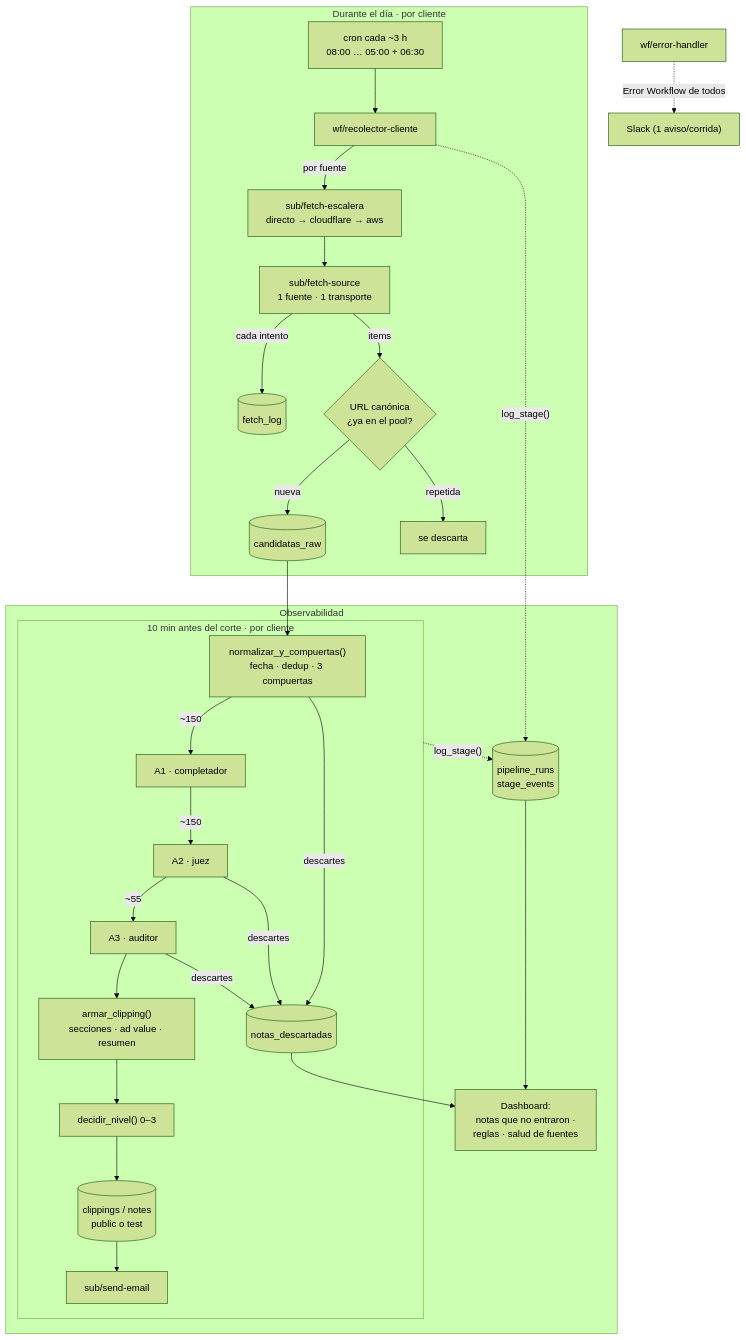
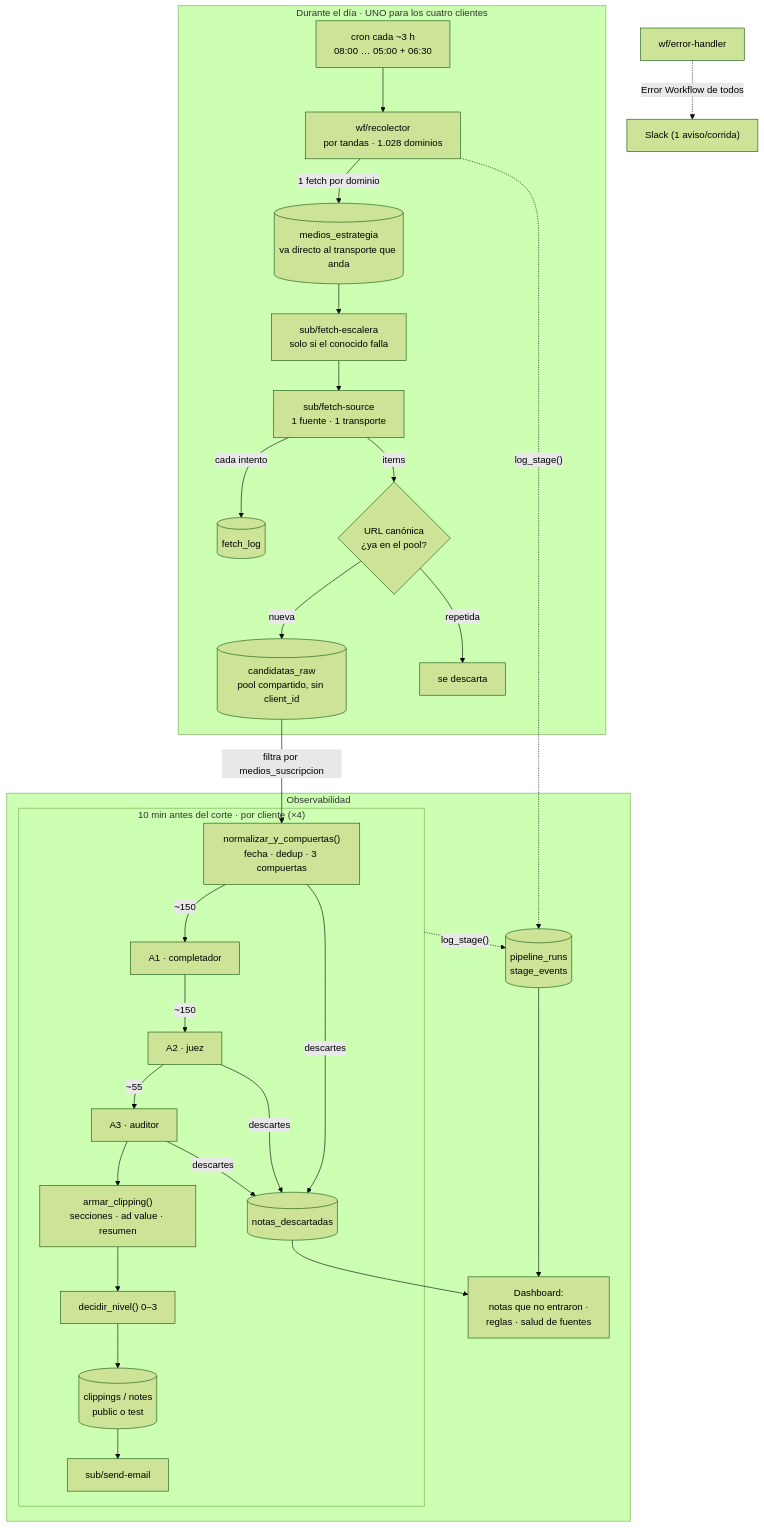
The first of 2 diagrams in docs/pipeline-v4/design-doc.md (archytas-dev/ketchum-mailchimp), drawn with Mermaid (forest theme) before and after one commit. The commit also changed other lines of this file and 1 other file, not shown here.

First line of the commit message:
docs(v4): el recolector pasa a ser compartido; design doc al dia

````diff
--- a/docs/pipeline-v4/design-doc.md
+++ b/docs/pipeline-v4/design-doc.md
@@ -87,32 +87,33 @@
 ```mermaid
 flowchart TB
-  subgraph DIA["Durante el día · por cliente"]
-    CRON["cron cada ~3 h<br/>08:00 … 05:00 + 06:30"] --> REC["wf/recolector-cliente"]
-    REC -->|por fuente| ESC["sub/fetch-escalera<br/>directo → cloudflare → aws"]
+  subgraph DIA["Durante el día · UNO para los cuatro clientes"]
+    CRON["cron cada ~3 h<br/>08:00 … 05:00 + 06:30"] --> REC["wf/recolector<br/>por tandas · 1.028 dominios"]
+    REC -->|1 fetch por dominio| EST[("medios_estrategia<br/>va directo al transporte que anda")]
+    EST --> ESC["sub/fetch-escalera<br/>solo si el conocido falla"]
     ESC --> FS["sub/fetch-source<br/>1 fuente · 1 transporte"]
     FS -->|cada intento| FL[("fetch_log")]
     FS -->|items| DEDUP{"URL canónica<br/>¿ya en el pool?"}
-    DEDUP -->|nueva| CR[("candidatas_raw")]
+    DEDUP -->|nueva| CR[("candidatas_raw<br/>pool compartido, sin client_id")]
     DEDUP -->|repetida| X["se descarta"]
   end
 
-  subgraph ARM["10 min antes del corte · por cliente"]
-    CR --> NORM["normalizar_y_compuertas()<br/>fecha · dedup · 3 compuertas"]
+  subgraph ARM["10 min antes del corte · por cliente (×4)"]
+    CR -->|filtra por medios_suscripcion| NORM["normalizar_y_compuertas()<br/>fecha · dedup · 3 compuertas"]
     NORM -->|~150| A1["A1 · completador"]
     A1 -->|~150| A2["A2 · juez"]
     A2 -->|~55| A3["A3 · auditor"]
     A3 --> BUILD["armar_clipping()<br/>secciones · ad value · resumen"]
     BUILD --> LVL["decidir_nivel() 0–3"]
     LVL --> SAVE[("clippings / notes<br/>public o test")]
     SAVE --> MAIL["sub/send-email"]
     NORM & A2 & A3 -->|descartes| DESC[("notas_descartadas")]
   end
 
   subgraph OBS["Observabilidad"]
     REC & ARM -.log_stage().-> LEDGER[("pipeline_runs<br/>stage_events")]
     LEDGER --> DASH["Dashboard:<br/>notas que no entraron ·<br/>reglas · salud de fuentes"]
     DESC --> DASH
   end
 
   ERR["wf/error-handler"] -.Error Workflow de todos.-> SLACK["Slack (1 aviso/corrida)"]
 ```
````
